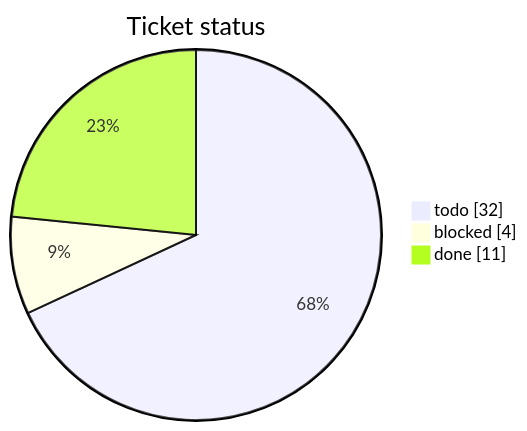
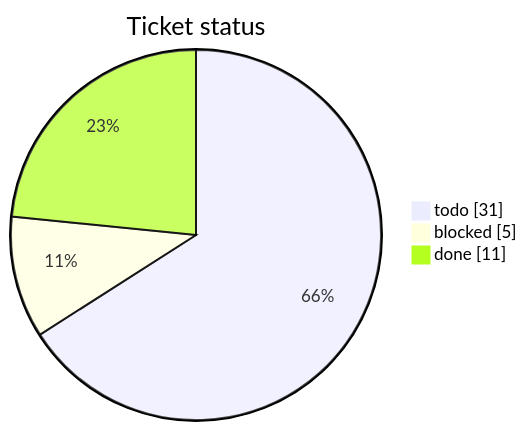
The first of 3 diagrams in tickets/TICKETS.md (mohamed-soubhi/bootlab-esp), drawn with Mermaid before and after one commit. The commit also changed other lines of this file and 6 other files, not shown here.

````diff
--- a/tickets/TICKETS.md
+++ b/tickets/TICKETS.md
@@ -10,6 +10,6 @@
 ```mermaid
 pie showData title Ticket status
-    "todo" : 32
-    "blocked" : 4
+    "todo" : 31
+    "blocked" : 5
     "done" : 11
 ```
````
